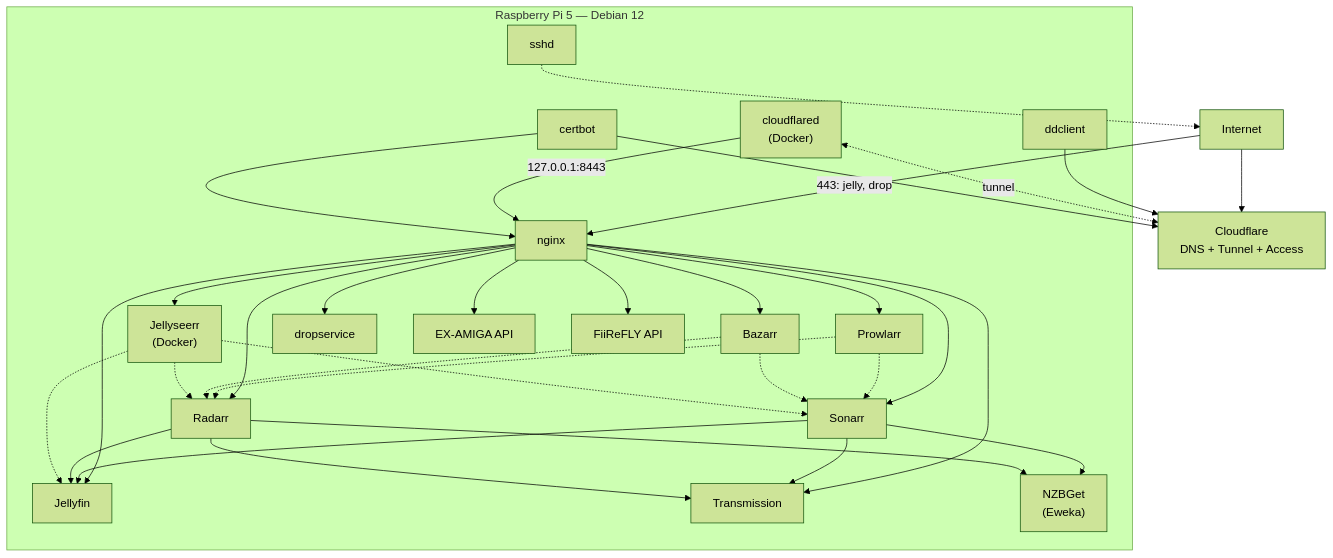
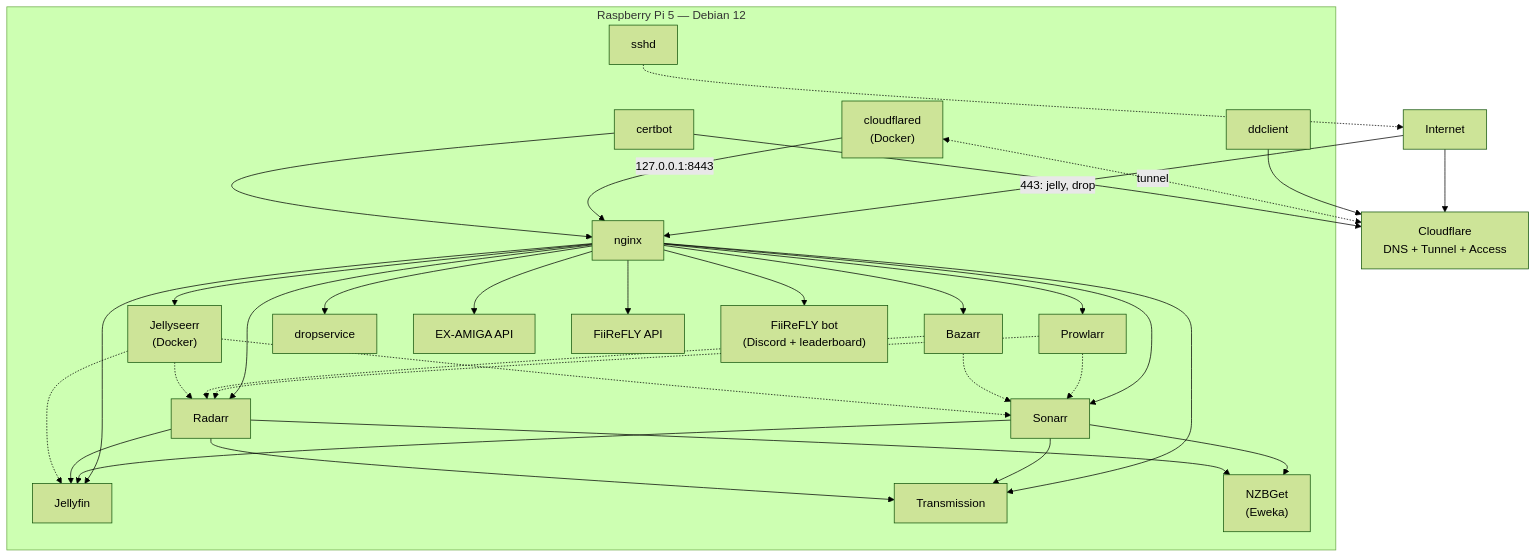
The diagram in README.md (sillyash/homelab), drawn with Mermaid (forest theme) before and after one commit. The commit also changed other lines of this file and 10 other files, not shown here.

Commit message:
feat(fiirefly-bot): deploy the FiiReFLY Discord bot + leaderboard API at fiirefly-bot.sillyash.com

````diff
--- a/README.md
+++ b/README.md
@@ -11,58 +11,60 @@
 ```mermaid
 graph TB
     Internet[Internet]
     Cloudflare["Cloudflare<br>DNS + Tunnel + Access"]
 
     subgraph Pi["Raspberry Pi 5 — Debian 12"]
         ddclient["ddclient"]
         cloudflared["cloudflared<br>(Docker)"]
         certbot["certbot"]
         nginx["nginx"]
         jellyfin["Jellyfin"]
         transmission["Transmission"]
         nzbget["NZBGet<br>(Eweka)"]
         prowlarr["Prowlarr"]
         sonarr["Sonarr"]
         radarr["Radarr"]
         bazarr["Bazarr"]
         jellyseerr["Jellyseerr<br>(Docker)"]
         dropservice["dropservice"]
         examiga["EX-AMIGA API"]
         fiirefly["FiiReFLY API"]
+        fiireflybot["FiiReFLY bot<br>(Discord + leaderboard)"]
         sshd["sshd"]
     end
 
     Internet --> Cloudflare
     Internet -->|"443: jelly, drop"| nginx
     ddclient --> Cloudflare
     cloudflared <-.->|tunnel| Cloudflare
     cloudflared -->|"127.0.0.1:8443"| nginx
     certbot --> Cloudflare
     certbot --> nginx
 
     nginx --> jellyfin
     nginx --> transmission
     nginx --> prowlarr
     nginx --> sonarr
     nginx --> radarr
     nginx --> bazarr
     nginx --> jellyseerr
     nginx --> dropservice
     nginx --> examiga
     nginx --> fiirefly
+    nginx --> fiireflybot
     sshd -.-> Internet
 
     prowlarr -.-> sonarr
     prowlarr -.-> radarr
     sonarr --> transmission
     sonarr --> nzbget
     radarr --> transmission
     radarr --> nzbget
     bazarr -.-> sonarr
     bazarr -.-> radarr
     sonarr --> jellyfin
     radarr --> jellyfin
     jellyseerr -.-> jellyfin
     jellyseerr -.-> sonarr
     jellyseerr -.-> radarr
 ```
````
